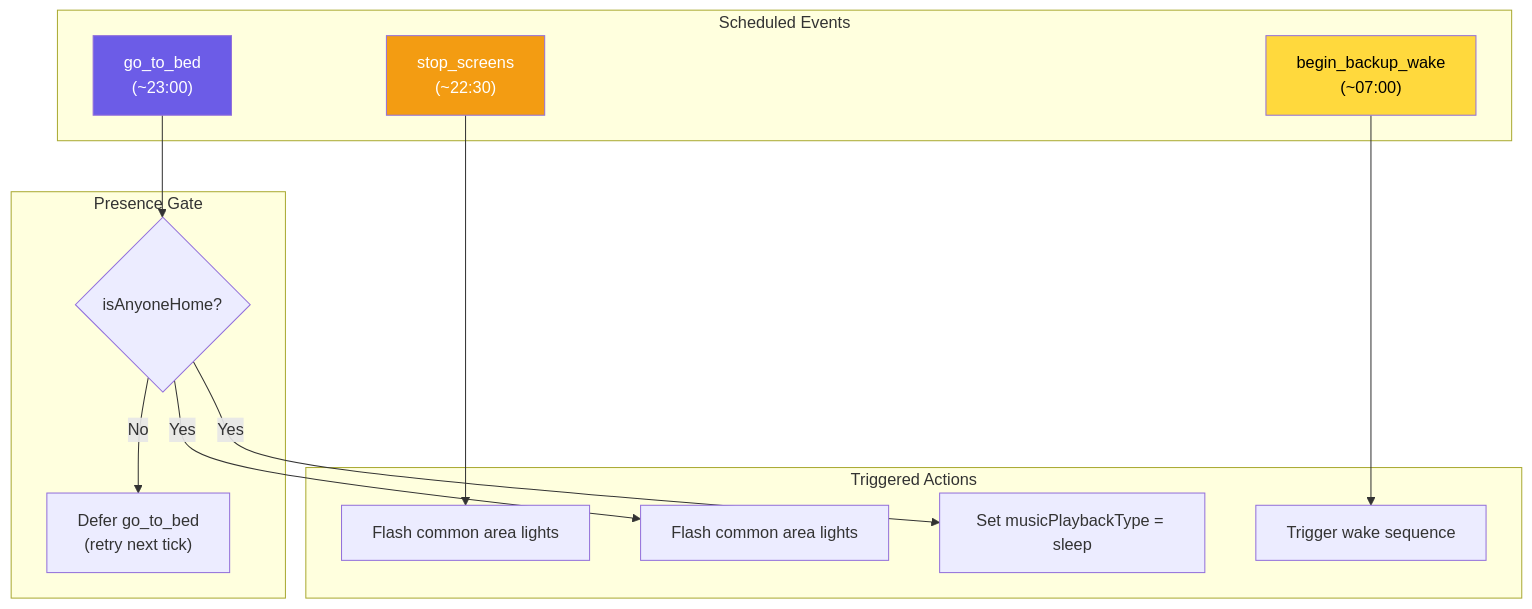
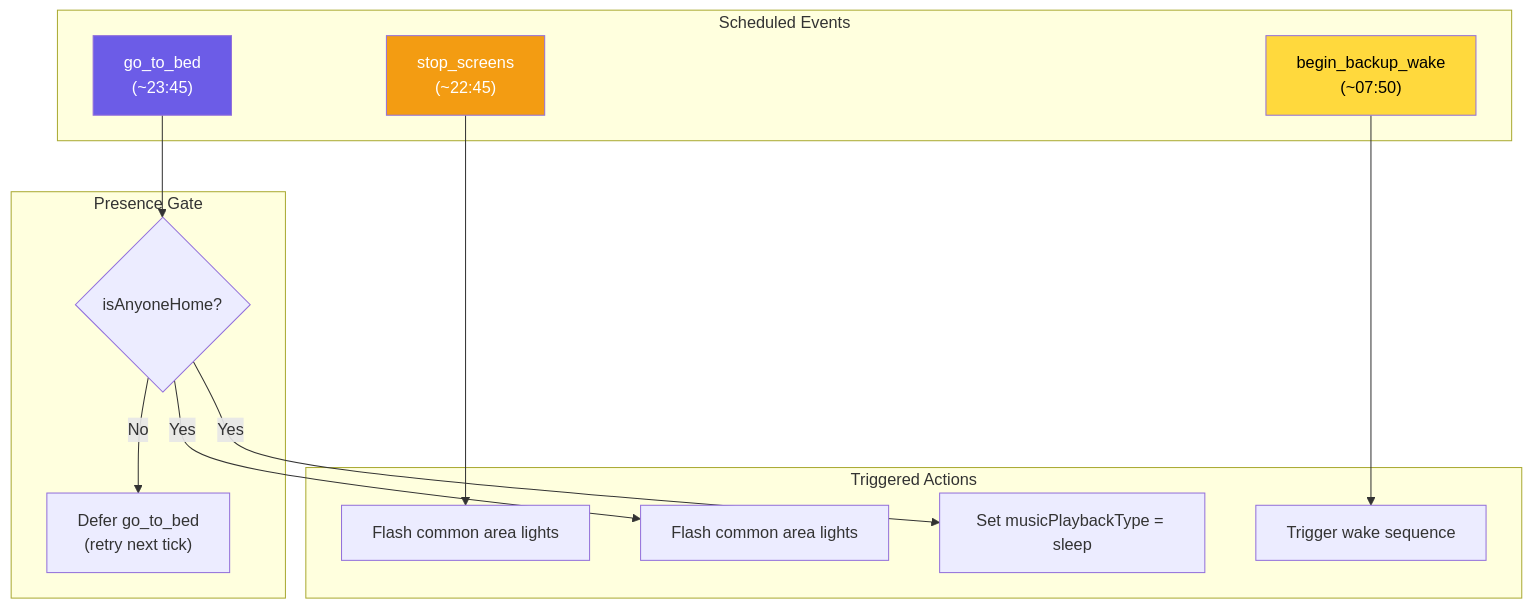
The first of 9 diagrams in docs/flows/SLEEP_HYGIENE.md (NickBorgers/home-automation), drawn with Mermaid before and after one commit. The commit also changed 6 other files, not shown here.

````diff
--- a/docs/flows/SLEEP_HYGIENE.md
+++ b/docs/flows/SLEEP_HYGIENE.md
@@ -15,31 +15,31 @@
 ```mermaid
 flowchart TD
     subgraph Schedule["Scheduled Events"]
-        stopScreens["stop_screens<br/>(~22:30)"]
-        goToBed["go_to_bed<br/>(~23:00)"]
-        backupWake["begin_backup_wake<br/>(~07:00)"]
+        stopScreens["stop_screens<br/>(~22:45)"]
+        goToBed["go_to_bed<br/>(~23:45)"]
+        backupWake["begin_backup_wake<br/>(~07:50)"]
     end
 
     subgraph Gate["Presence Gate"]
         checkHome{"isAnyoneHome?"}
         deferGoToBed["Defer go_to_bed<br/>(retry next tick)"]
     end
 
     subgraph Actions["Triggered Actions"]
         flashLights1["Flash common area lights"]
         flashLights2["Flash common area lights"]
         startSleep["Set musicPlaybackType = sleep"]
         triggerWake["Trigger wake sequence"]
     end
 
     stopScreens --> flashLights1
     goToBed --> checkHome
     checkHome -->|Yes| flashLights2
     checkHome -->|Yes| startSleep
     checkHome -->|No| deferGoToBed
     backupWake --> triggerWake
 
     style stopScreens fill:#f39c12,color:#fff
     style goToBed fill:#6c5ce7,color:#fff
     style backupWake fill:#ffd93d,color:#000
 ```
````
